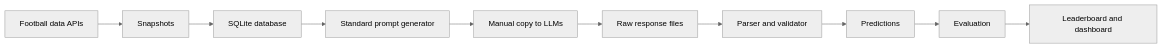
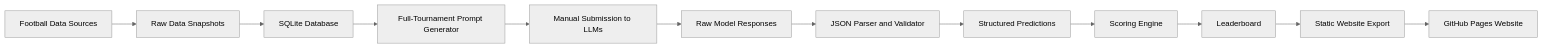
One commit to ileonspace/ai-world-cup changed the diagram in README.md. Above: the diagram before and after it, drawn with Mermaid (neutral theme). The commit also changed other lines of this file, not shown here.

````diff
--- a/README.md
+++ b/README.md
@@ -7,12 +60,14 @@
 ```mermaid
 flowchart LR
-  A[Football data APIs] --> B[Snapshots]
-  B --> C[SQLite database]
-  C --> D[Standard prompt generator]
-  D --> E[Manual copy to LLMs]
-  E --> F[Raw response files]
-  F --> G[Parser and validator]
-  G --> H[Predictions]
-  H --> I[Evaluation]
-  I --> J[Leaderboard and dashboard]
+    A[Football Data Sources] --> B[Raw Data Snapshots]
+    B --> C[SQLite Database]
+    C --> D[Full-Tournament Prompt Generator]
+    D --> E[Manual Submission to LLMs]
+    E --> F[Raw Model Responses]
+    F --> G[JSON Parser and Validator]
+    G --> H[Structured Predictions]
+    H --> I[Scoring Engine]
+    I --> J[Leaderboard]
+    J --> K[Static Website Export]
+    K --> L[GitHub Pages Website]
 ```
````
